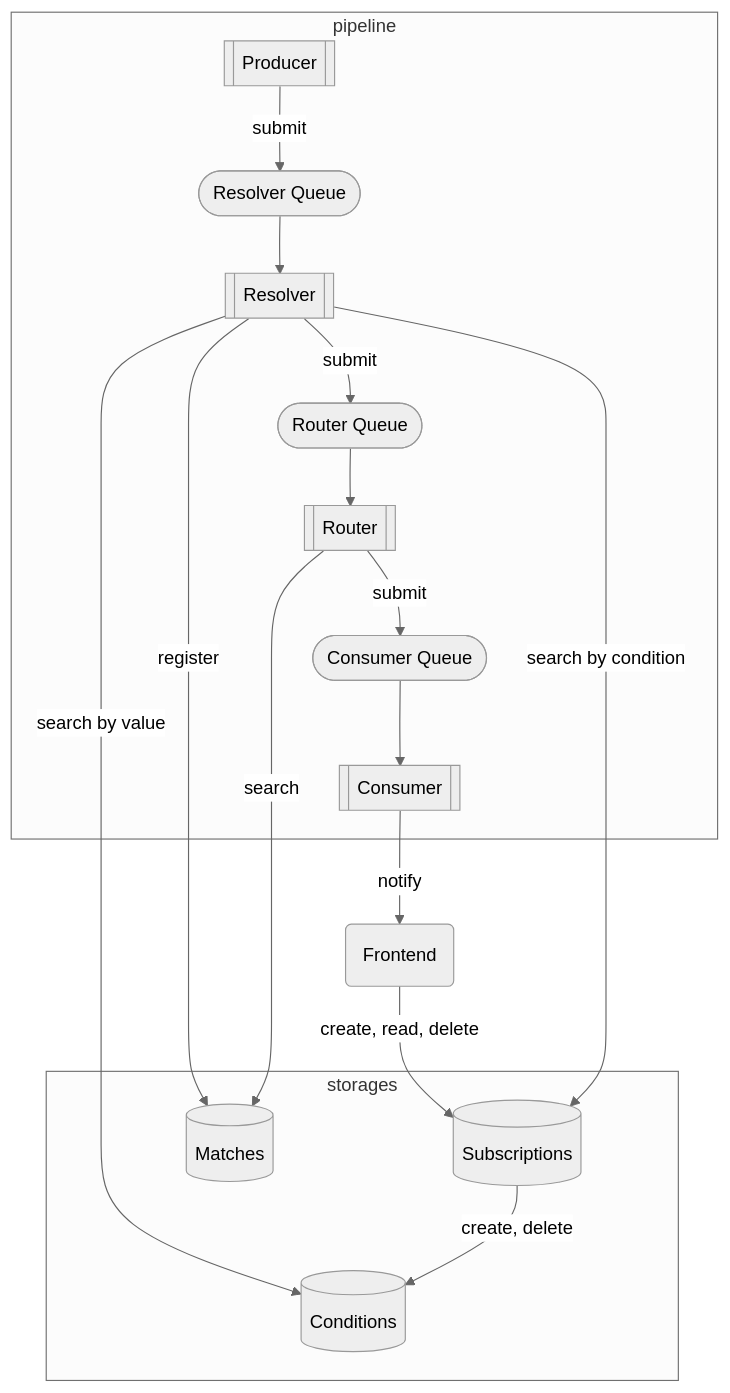
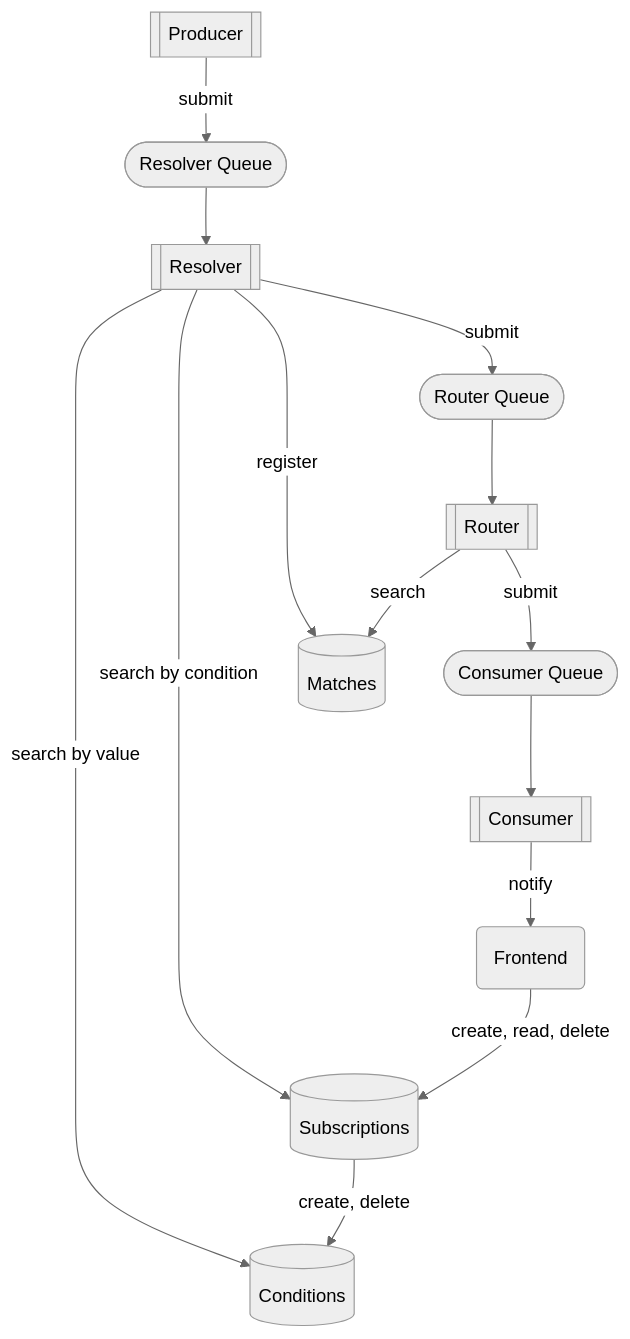
One commit to awakari/.github changed the second of 2 diagrams in profile/README.md. Above: the diagram before and after it, drawn with Mermaid.

````diff
--- a/profile/README.md
+++ b/profile/README.md
@@ -161,26 +161,22 @@
 ```mermaid
 %%{init: {'theme': 'neutral' } }%%
 flowchart TB
-    subgraph storages
         conditions[(Conditions)]
         subscriptions[(Subscriptions)]
         matches[(Matches)]
-    end
-    subgraph pipeline
         producer[[Producer]]
         resolverQueue([Resolver Queue])
         resolver[[Resolver]]
         routerQueue([Router Queue])
         router[[Router]]
         consumerQueue([Consumer Queue])
         consumer[[Consumer]]
-    end
     frontend(Frontend) -->|create, read, delete| subscriptions
     producer -->|submit| resolverQueue
     resolver -->|search by value| conditions
     resolver --> |search by condition| subscriptions
     resolver --> |register| matches
     subscriptions --> |create, delete| conditions
     router --> |search| matches
     resolverQueue --> resolver -->|submit| routerQueue --> router -->|submit| consumerQueue --> consumer -->|notify| frontend
 ```
````
